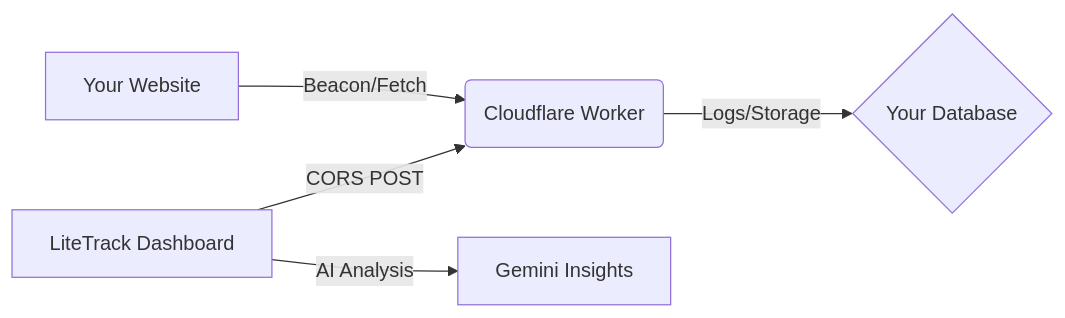
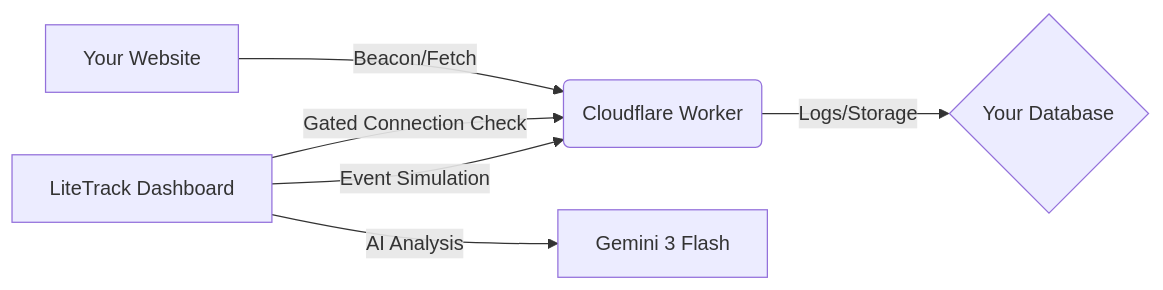
The diagram in README.md (Maneesh-Relanto/Gemini3Flash-Powered-LiteTracker-Dashboard), drawn with Mermaid before and after one commit. The commit also changed other lines of this file and 4 other files, not shown here.

First line of the commit message:
feat: Update app name and branding to LiteTrack Dashboard

````diff
--- a/README.md
+++ b/README.md
@@ -24,7 +24,8 @@
 ```mermaid
 graph LR
     A[Your Website] -- "Beacon/Fetch" --> B(Cloudflare Worker)
     B -- "Logs/Storage" --> C{Your Database}
-    D[LiteTrack Dashboard] -- "CORS POST" --> B
-    D -- "AI Analysis" --> E[Gemini Insights]
+    D[LiteTrack Dashboard] -- "Gated Connection Check" --> B
+    D -- "Event Simulation" --> B
+    D -- "AI Analysis" --> E[Gemini 3 Flash]
 ```
````
